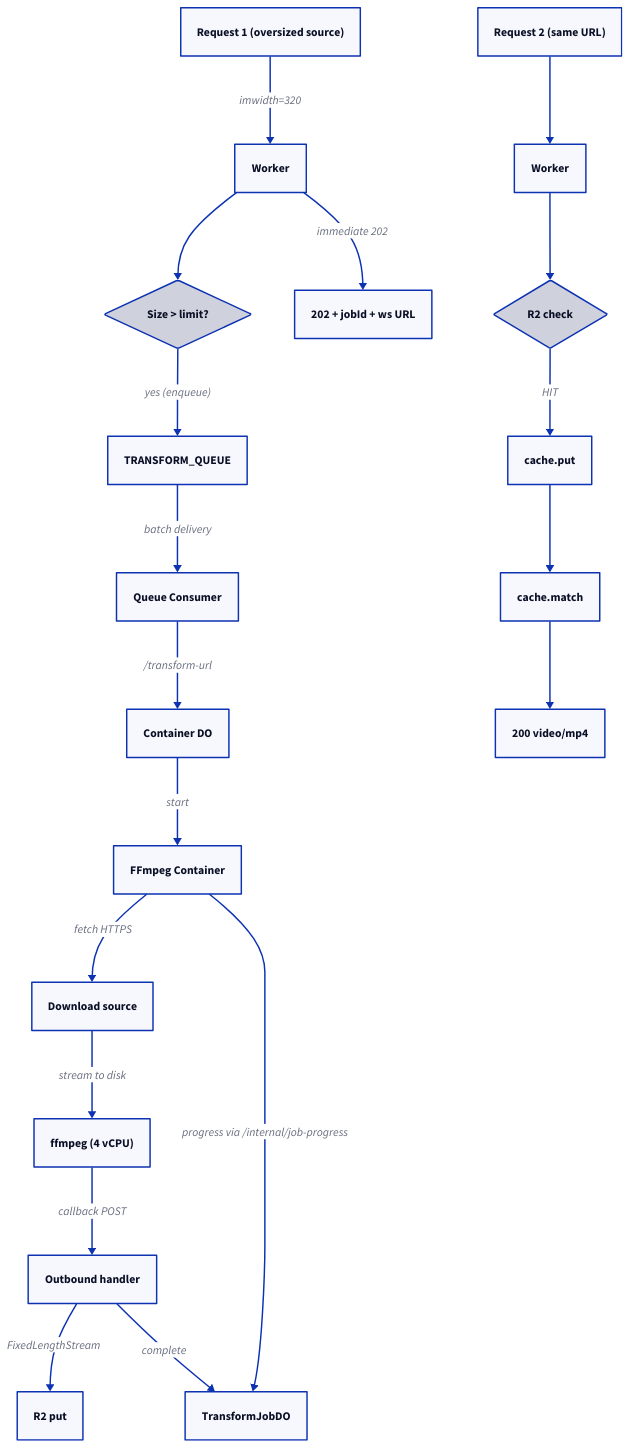
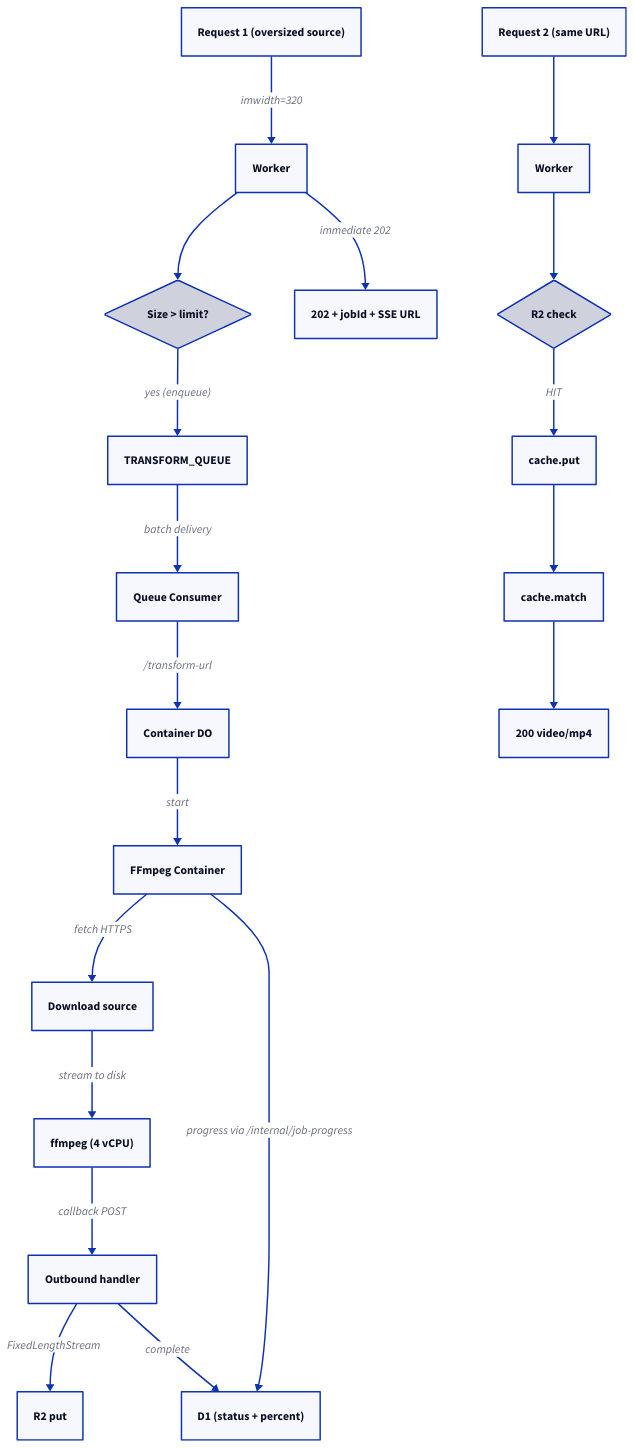
The third of 5 diagrams in src/content/docs/reference/media-transformation-architecture.mdx (erfianugrah/lexicanum), drawn with D2 before and after one commit. The commit also changed other lines of this file, not shown here.

First line of the commit message:
fix: update media transformation reference — TransformJobDO/WebSocket → D1/SSE

````diff
--- a/src/content/docs/reference/media-transformation-architecture.mdx
+++ b/src/content/docs/reference/media-transformation-architecture.mdx
@@ -794,48 +792,48 @@
 ```d2
 direction: down
 
 req1: Request 1 (oversized source)
 worker1: Worker
 sizecheck: Size > limit? {
   shape: diamond
 }
 queue: TRANSFORM_QUEUE
 consumer: Queue Consumer
 container_do: Container DO
 container: FFmpeg Container
-client1: 202 + jobId + ws URL
+client1: 202 + jobId + SSE URL
 download: Download source
 ffmpeg: ffmpeg (4 vCPU)
 outbound: Outbound handler
 r2store: R2 put
-jobdo: TransformJobDO
+d1: D1 (status + percent)
 
 req1 -> worker1: imwidth=320
 worker1 -> sizecheck
 sizecheck -> queue: yes (enqueue)
 worker1 -> client1: immediate 202
 queue -> consumer: batch delivery
 consumer -> container_do: /transform-url
 container_do -> container: start
 container -> download: fetch HTTPS
-container -> jobdo: progress via /internal/job-progress
+container -> d1: progress via /internal/job-progress
 download -> ffmpeg: stream to disk
 ffmpeg -> outbound: callback POST
 outbound -> r2store: FixedLengthStream
-outbound -> jobdo: complete
+outbound -> d1: complete
 
 req2: Request 2 (same URL)
 worker2: Worker
 r2check: R2 check {
   shape: diamond
 }
 cacheput: cache.put
 cachematch: cache.match
 client2: 200 video/mp4
 
 req2 -> worker2
 worker2 -> r2check
 r2check -> cacheput: HIT
 cacheput -> cachematch
 cachematch -> client2
 ```
````
